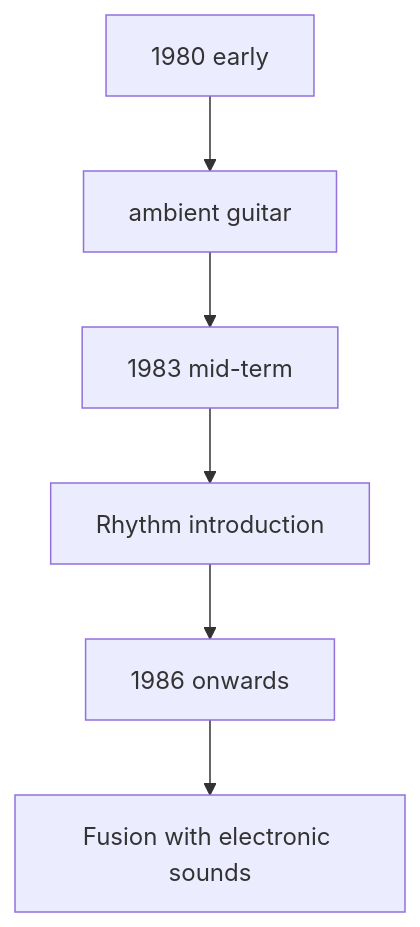
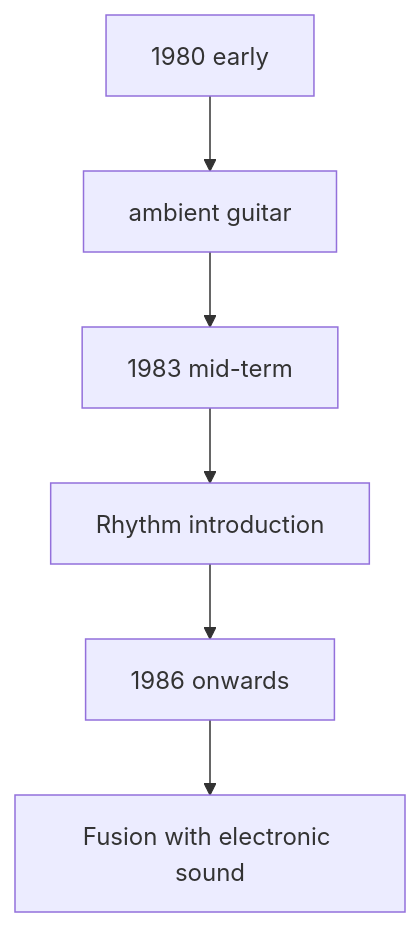
The second of 4 diagrams in en/_posts/2026-05-07-column-the-durutti-column.md (monumental-movement/monumental-movement.github.io), drawn with Mermaid before and after one commit. The commit also changed other lines of this file and 497 other files, not shown here.

```diff
--- a/en/_posts/2026-05-07-column-the-durutti-column.md
+++ b/en/_posts/2026-05-07-column-the-durutti-column.md
@@ -98,8 +98,8 @@
 <div class="mermaid">
 graph TD
 A[1980 early] --> B[ambient guitar]
 B --> C[1983 mid-term]
 C --> D[Rhythm introduction]
 D --> E[1986 onwards]
-E --> F[Fusion with electronic sounds]
+E --> F[Fusion with electronic sound]
 </div>
```
